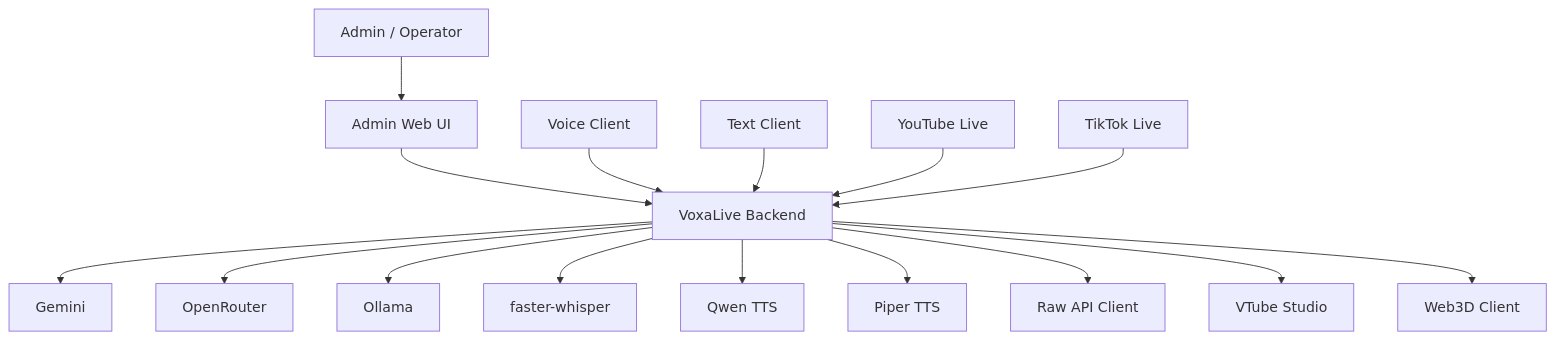
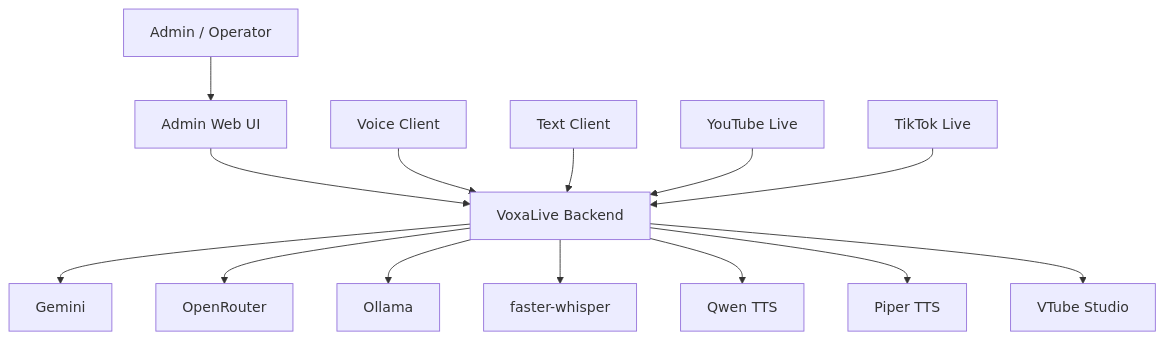
Before and after one commit to Jonathan0823/VoxaLive: the first of 6 diagrams in docs/03_ARCHITECTURE.md, drawn with Mermaid. The commit also changed other lines of this file and 7 other files, not shown here.

First line of the commit message:
docs(mvp): align VTS-only scope and build flow

```diff
--- a/docs/03_ARCHITECTURE.md
+++ b/docs/03_ARCHITECTURE.md
@@ -16,21 +16,19 @@
 ~~~mermaid
 flowchart TB
     User[Admin / Operator] --> AdminWeb[Admin Web UI]
     AdminWeb --> Backend[VoxaLive Backend]
 
     VoiceClient[Voice Client] --> Backend
     TextClient[Text Client] --> Backend
     Youtube[YouTube Live] --> Backend
     TikTok[TikTok Live] --> Backend
 
     Backend --> Gemini[Gemini]
     Backend --> OpenRouter[OpenRouter]
     Backend --> Ollama[Ollama]
     Backend --> Whisper[faster-whisper]
     Backend --> Qwen[Qwen TTS]
     Backend --> Piper[Piper TTS]
 
-    Backend --> Raw[Raw API Client]
     Backend --> VTS[VTube Studio]
-    Backend --> Web3D[Web3D Client]
 ~~~
```
